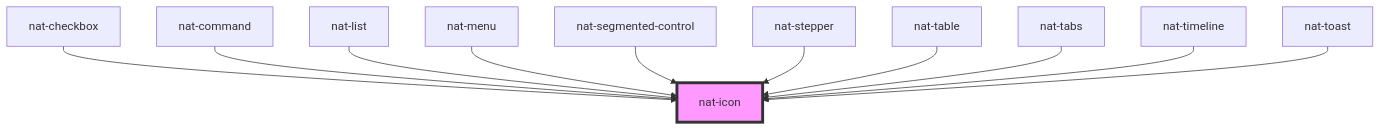
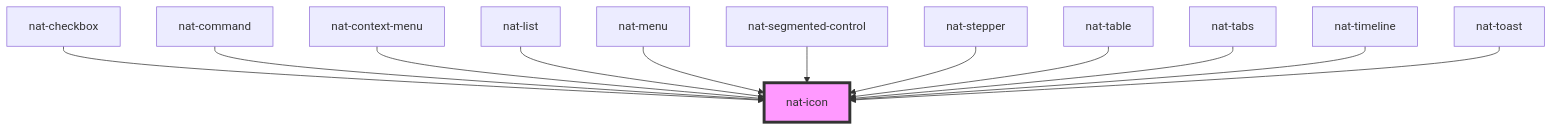
One commit to tuongna/nat-ui changed the diagram in src/components/nat-icon/readme.md. Above: the diagram before and after it, drawn with Mermaid. The commit also changed other lines of this file and 27 other files, not shown here.

````diff
--- a/src/components/nat-icon/readme.md
+++ b/src/components/nat-icon/readme.md
@@ -47,14 +48,15 @@
 ```mermaid
 graph TD;
   nat-checkbox --> nat-icon
   nat-command --> nat-icon
+  nat-context-menu --> nat-icon
   nat-list --> nat-icon
   nat-menu --> nat-icon
   nat-segmented-control --> nat-icon
   nat-stepper --> nat-icon
   nat-table --> nat-icon
   nat-tabs --> nat-icon
   nat-timeline --> nat-icon
   nat-toast --> nat-icon
   style nat-icon fill:#f9f,stroke:#333,stroke-width:4px
 ```
````
